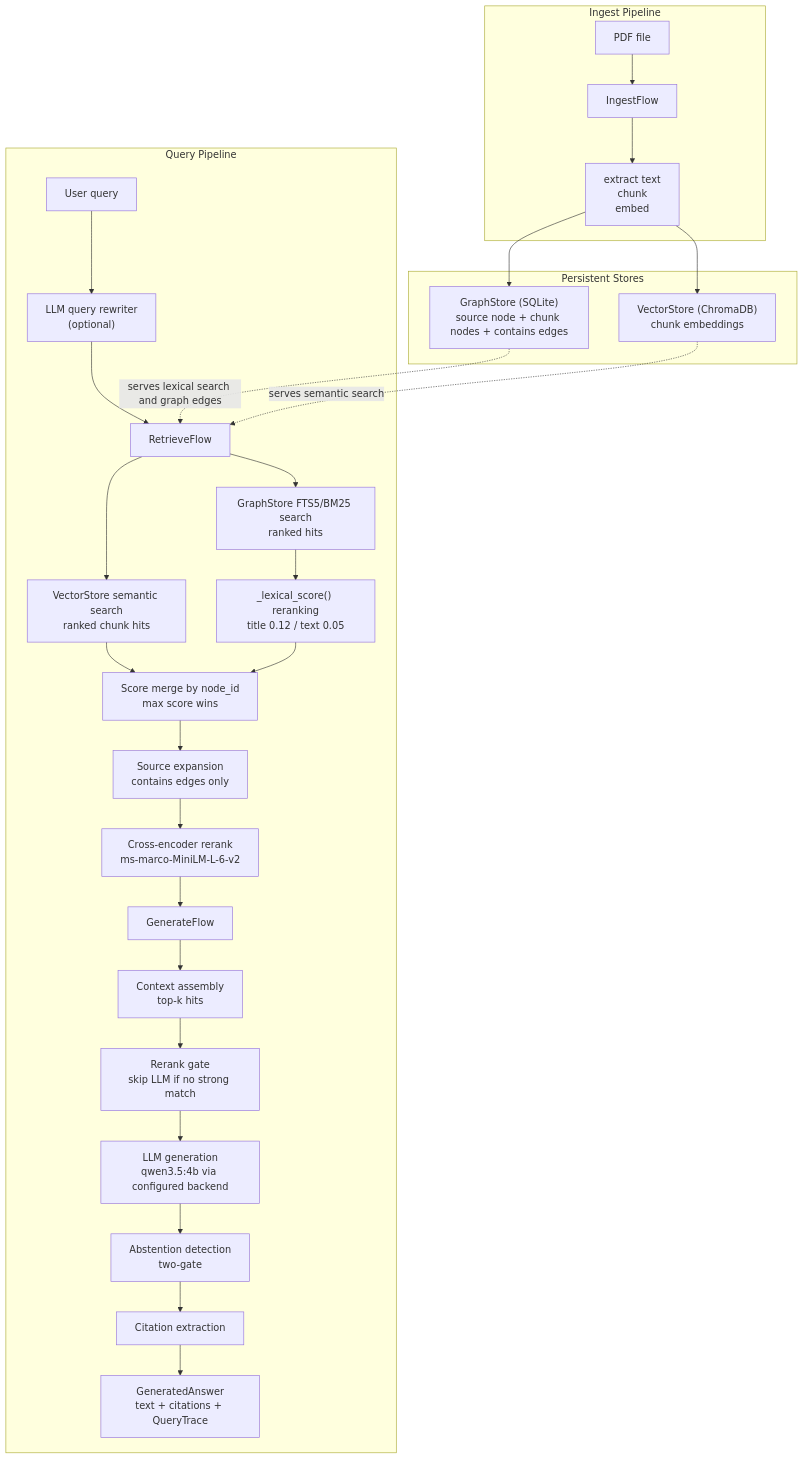
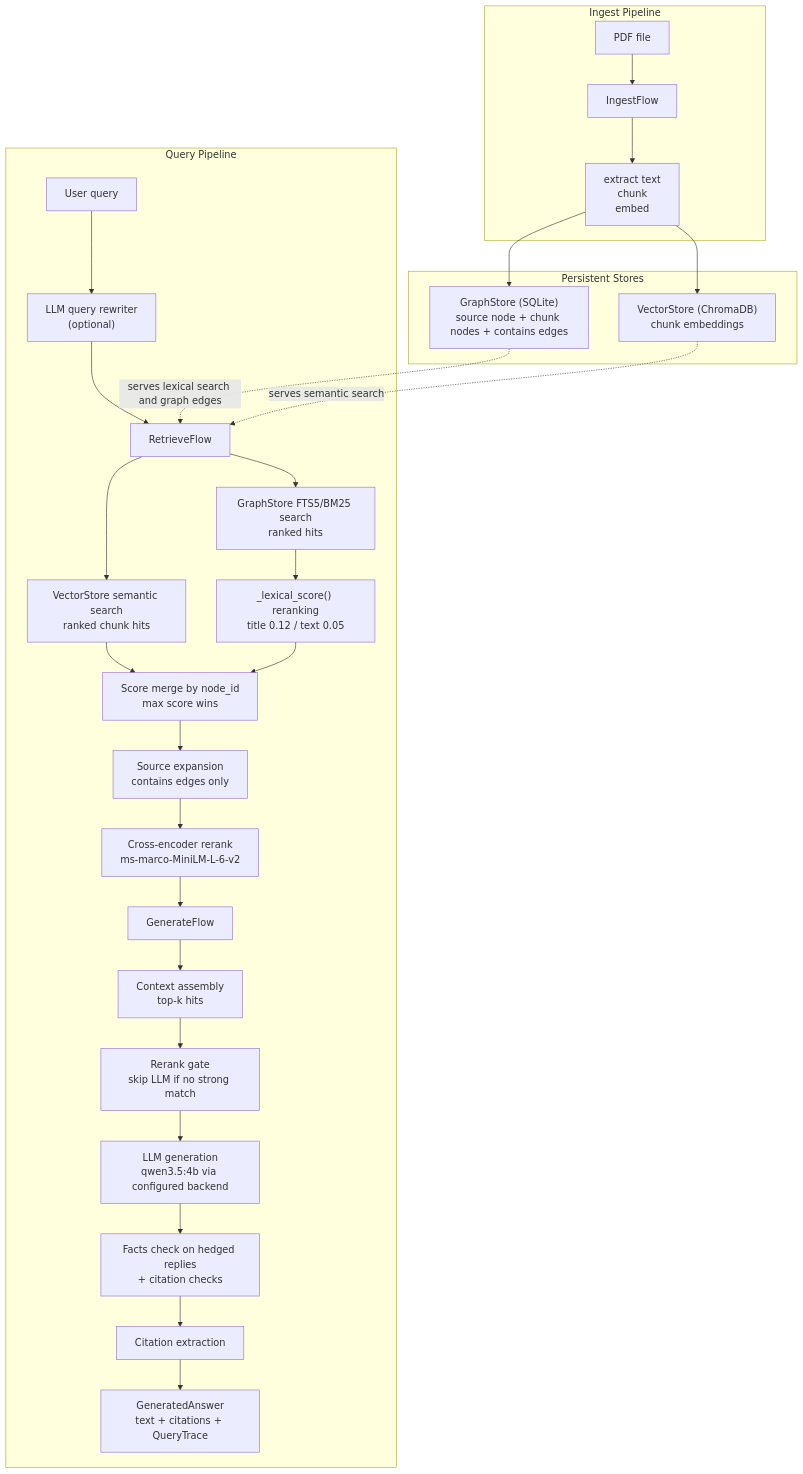
The diagram in README.md (DmcpEI/Research-Continuity-Agent), drawn with Mermaid before and after one commit. The commit also changed other lines of this file and 5 other files, not shown here.

````diff
--- a/README.md
+++ b/README.md
@@ -58,43 +56,43 @@
 ```mermaid
 flowchart TD
     subgraph Ingest["Ingest Pipeline"]
         PDF["PDF file"]
         IF["IngestFlow"]
         Extract["extract text<br/>chunk<br/>embed"]
         PDF --> IF --> Extract
     end
 
     subgraph Storage["Persistent Stores"]
         GS["GraphStore (SQLite)<br/>source node + chunk nodes + contains edges"]
         VS["VectorStore (ChromaDB)<br/>chunk embeddings"]
     end
 
     subgraph Query["Query Pipeline"]
         UQ["User query"]
         RW["LLM query rewriter<br/>(optional)"]
         RF["RetrieveFlow"]
         VQ["VectorStore semantic search<br/>ranked chunk hits"]
         FTS["GraphStore FTS5/BM25 search<br/>ranked hits"]
         LEX["_lexical_score() reranking<br/>title 0.12 / text 0.05"]
         MERGE["Score merge by node_id<br/>max score wins"]
         EXPAND["Source expansion<br/>contains edges only"]
         RERANK["Cross-encoder rerank<br/>ms-marco-MiniLM-L-6-v2"]
         GF["GenerateFlow"]
         CTX["Context assembly<br/>top-k hits"]
         LLM["LLM generation<br/>qwen3.5:4b via configured backend"]
-        ABS["Abstention detection<br/>two-gate"]
+        ABS["Facts check on hedged replies<br/>+ citation checks"]
         CITE["Citation extraction"]
         OUT["GeneratedAnswer<br/>text + citations + QueryTrace"]
 
         UQ --> RW --> RF
         RF --> VQ --> MERGE
         RF --> FTS --> LEX --> MERGE
         MERGE --> EXPAND --> RERANK --> GF
         GF --> CTX --> GATE["Rerank gate<br/>skip LLM if no strong match"] --> LLM --> ABS --> CITE --> OUT
     end
 
     Extract --> GS
     Extract --> VS
     GS -. "serves lexical search and graph edges" .-> RF
     VS -. "serves semantic search" .-> RF
 ```
````
